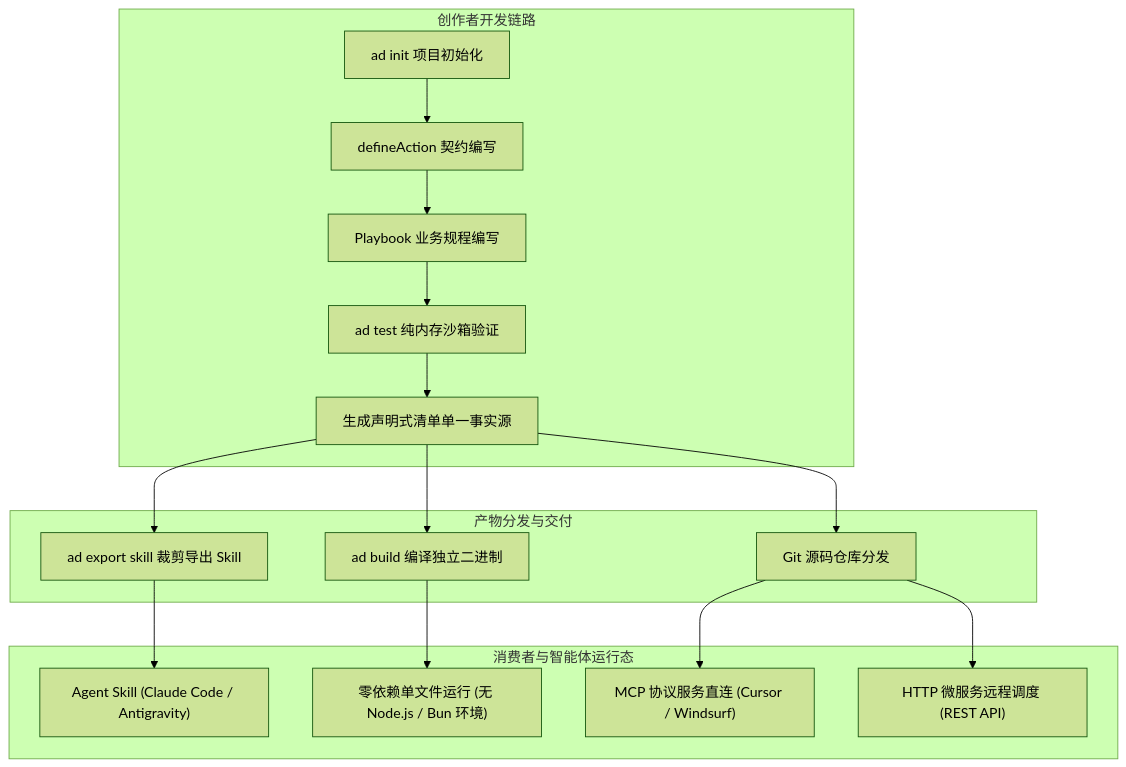
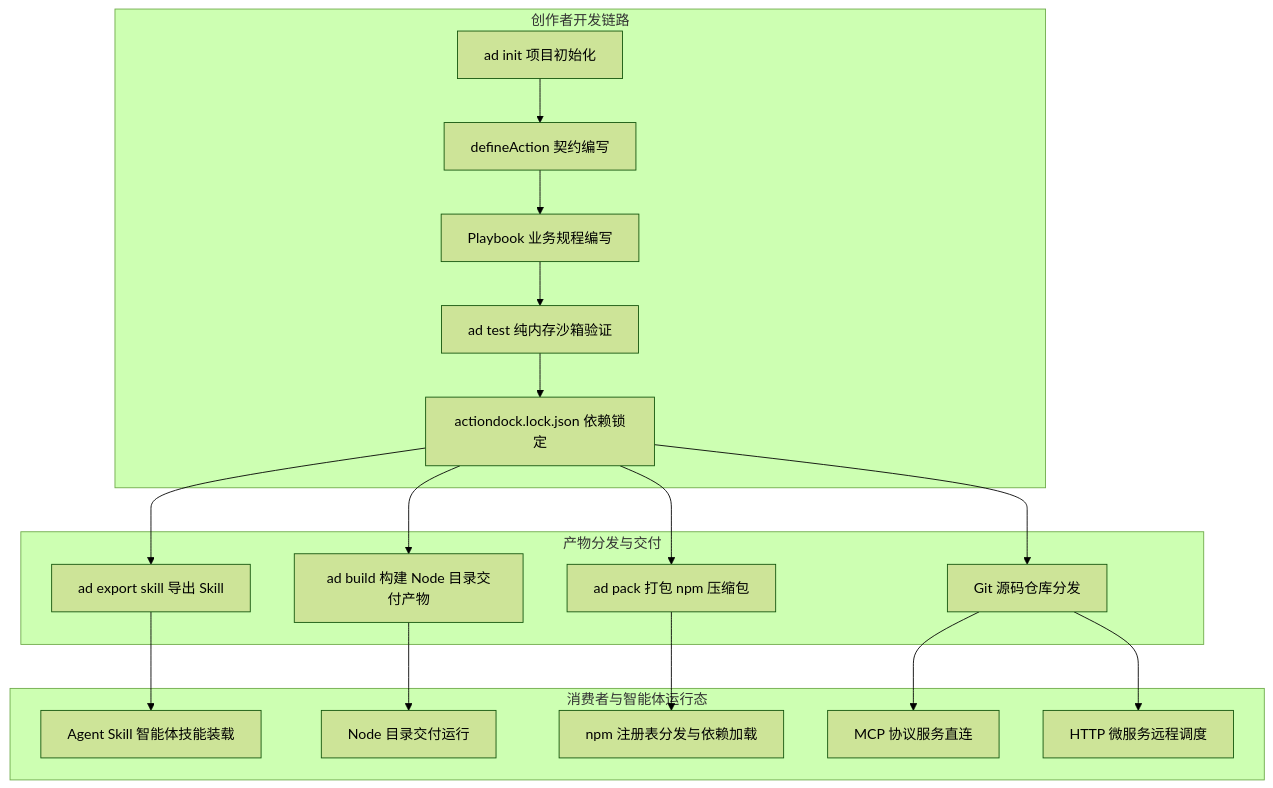
One commit to team4u/actiondock changed the first of 3 diagrams in docs/getting-started/overview.md. Above: the diagram before and after it, drawn with Mermaid (forest theme). The commit also changed other lines of this file and 131 other files, not shown here.

````diff
--- a/docs/getting-started/overview.md
+++ b/docs/getting-started/overview.md
@@ -11,22 +11,24 @@
 ```mermaid
 flowchart TD
     subgraph 创作者开发链路
         Init["ad init 项目初始化"] --> Define["defineAction 契约编写"]
         Define --> Playbook["Playbook 业务规程编写"]
         Playbook --> Test["ad test 纯内存沙箱验证"]
-        Test --> Manifest["生成声明式清单单一事实源"]
+        Test --> Lockfile["actiondock.lock.json 依赖锁定"]
     end
 
     subgraph 产物分发与交付
-        Manifest --> ExportSkill["ad export skill 裁剪导出 Skill"]
-        Manifest --> BuildBin["ad build 编译独立二进制"]
-        Manifest --> PushRepo["Git 源码仓库分发"]
+        Lockfile --> ExportSkill["ad export skill 导出 Skill"]
+        Lockfile --> BuildDir["ad build 构建 Node 目录交付产物"]
+        Lockfile --> PackPkg["ad pack 打包 npm 压缩包"]
+        Lockfile --> PushRepo["Git 源码仓库分发"]
     end
 
     subgraph 消费者与智能体运行态
-        ExportSkill --> AgentEnv["Agent Skill (Claude Code / Antigravity)"]
-        BuildBin --> StandaloneEnv["零依赖单文件运行 (无 Node.js / Bun 环境)"]
-        PushRepo --> McpEnv["MCP 协议服务直连 (Cursor / Windsurf)"]
-        PushRepo --> HttpEnv["HTTP 微服务远程调度 (REST API)"]
+        ExportSkill --> AgentEnv["Agent Skill 智能体技能装载"]
+        BuildDir --> NodeEnv["Node 目录交付运行"]
+        PackPkg --> NpmRegistry["npm 注册表分发与依赖加载"]
+        PushRepo --> McpEnv["MCP 协议服务直连"]
+        PushRepo --> HttpEnv["HTTP 微服务远程调度"]
     end
 ```
````
